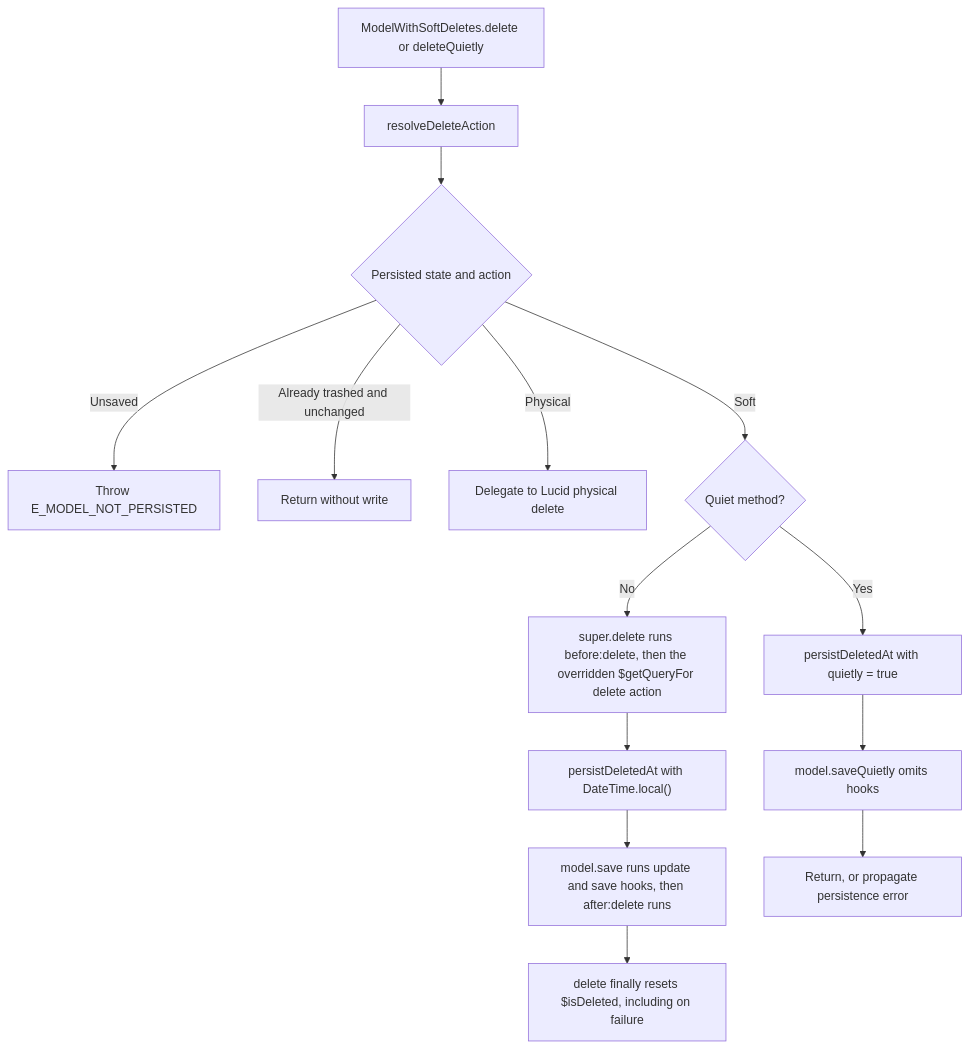
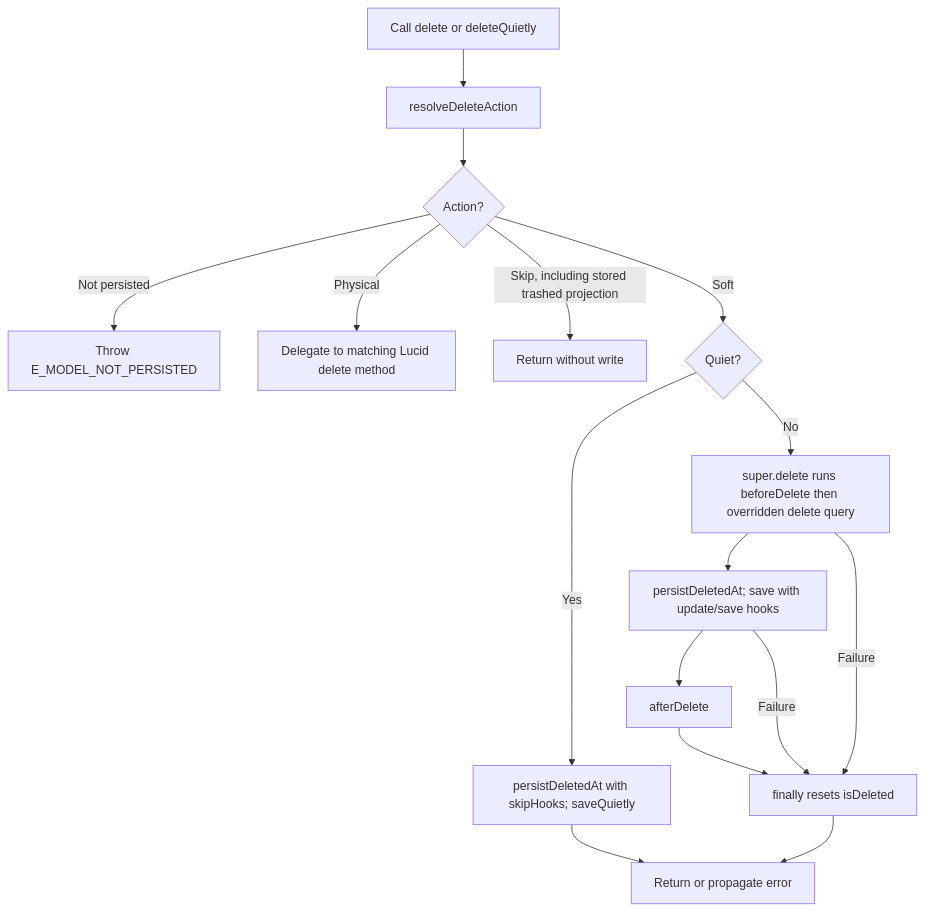
One commit to Kevinjohn/oss-adonisjs-lucid-soft-delete changed the second of 2 diagrams in user-stories/soft-delete-instance/us-app-01-soft-delete-instance.md. Above: the diagram before and after it, drawn with Mermaid. The commit also changed other lines of this file and 26 other files, not shown here.

````diff
--- a/user-stories/soft-delete-instance/us-app-01-soft-delete-instance.md
+++ b/user-stories/soft-delete-instance/us-app-01-soft-delete-instance.md
@@ -39,16 +38,12 @@
 ```mermaid
 flowchart TD
-    A["ModelWithSoftDeletes.delete or deleteQuietly"] --> B["resolveDeleteAction"]
-    B --> C{"Persisted state and action"}
-    C -->|Unsaved| D["Throw E_MODEL_NOT_PERSISTED"]
-    C -->|Already trashed and unchanged| E["Return without write"]
-    C -->|Physical| F["Delegate to Lucid physical delete"]
-    C -->|Soft| G{"Quiet method?"}
-    G -->|No| H["super.delete runs before:delete, then the overridden $getQueryFor delete action"]
-    H --> I["persistDeletedAt with DateTime.local()"]
-    G -->|Yes| J["persistDeletedAt with quietly = true"]
-    I --> K["model.save runs update and save hooks, then after:delete runs"]
-    J --> L["model.saveQuietly omits hooks"]
-    K --> M["delete finally resets $isDeleted, including on failure"]
-    L --> N["Return, or propagate persistence error"]
+    A["Call delete or deleteQuietly"] --> B["resolveDeleteAction"] --> C{"Action?"}
+    C -->|Not persisted| D["Throw E_MODEL_NOT_PERSISTED"]
+    C -->|Physical| E["Delegate to matching Lucid delete method"]
+    C -->|Skip, including stored trashed projection| F["Return without write"]
+    C -->|Soft| G{"Quiet?"}
+    G -->|Yes| H["persistDeletedAt with skipHooks; saveQuietly"] --> I["Return or propagate error"]
+    G -->|No| J["super.delete runs beforeDelete then overridden delete query"] --> K["persistDeletedAt; save with update/save hooks"] --> L["afterDelete"] --> M["finally resets isDeleted"] --> I
+    J -->|Failure| M
+    K -->|Failure| M
 ```
````
